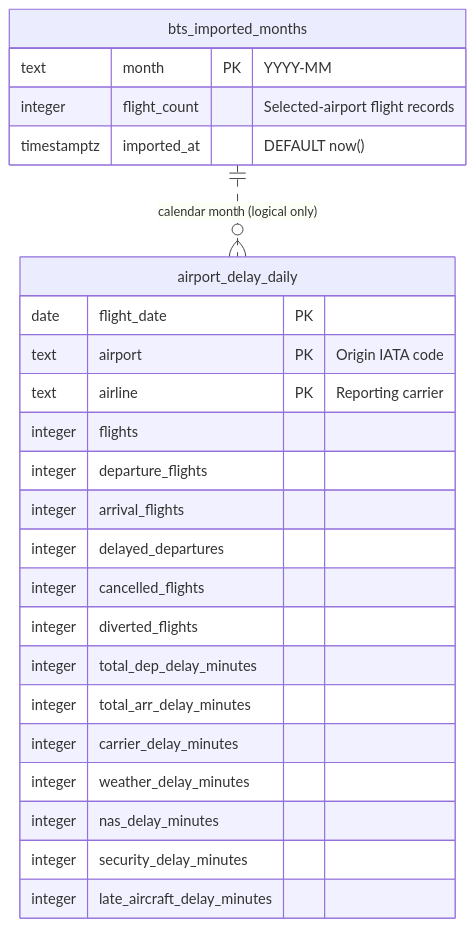
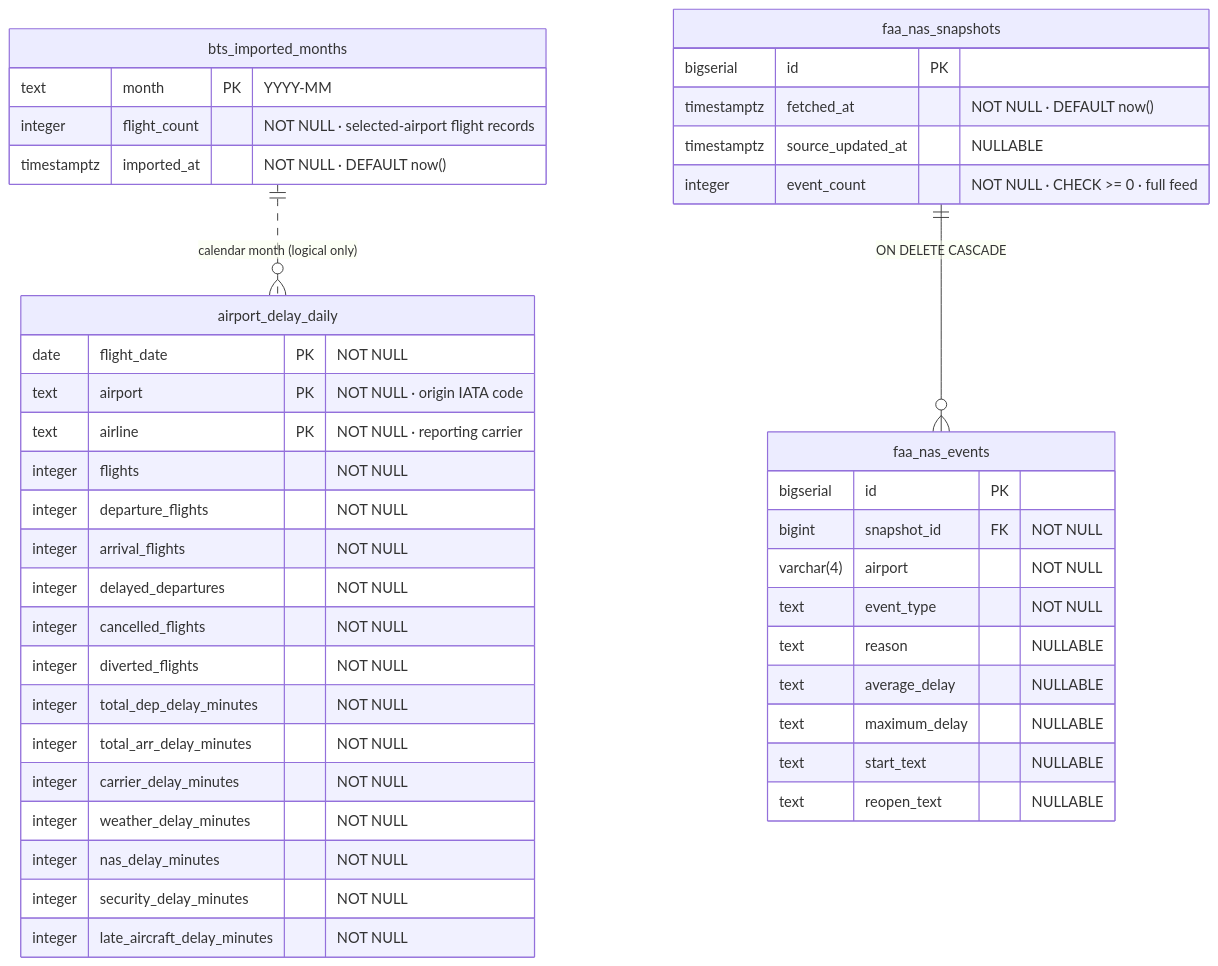
Before and after one commit to lubriguk/airindex: the diagram in docs/database-schema.md, drawn with Mermaid. The commit also changed other lines of this file and 13 other files, not shown here.

Commit message:
Add FAA airport advisories, date bounds, and monthly BTS refresh

````diff
--- a/docs/database-schema.md
+++ b/docs/database-schema.md
@@ -7,29 +7,49 @@
 ```mermaid
 erDiagram
     bts_imported_months ||..o{ airport_delay_daily : "calendar month (logical only)"
+    faa_nas_snapshots ||--o{ faa_nas_events : "ON DELETE CASCADE"
 
     bts_imported_months {
         text month PK "YYYY-MM"
-        integer flight_count "Selected-airport flight records"
-        timestamptz imported_at "DEFAULT now()"
+        integer flight_count "NOT NULL · selected-airport flight records"
+        timestamptz imported_at "NOT NULL · DEFAULT now()"
     }
 
     airport_delay_daily {
-        date flight_date PK
-        text airport PK "Origin IATA code"
-        text airline PK "Reporting carrier"
-        integer flights
-        integer departure_flights
-        integer arrival_flights
-        integer delayed_departures
-        integer cancelled_flights
-        integer diverted_flights
-        integer total_dep_delay_minutes
-        integer total_arr_delay_minutes
-        integer carrier_delay_minutes
-        integer weather_delay_minutes
-        integer nas_delay_minutes
-        integer security_delay_minutes
-        integer late_aircraft_delay_minutes
+        date flight_date PK "NOT NULL"
+        text airport PK "NOT NULL · origin IATA code"
+        text airline PK "NOT NULL · reporting carrier"
+        integer flights "NOT NULL"
+        integer departure_flights "NOT NULL"
+        integer arrival_flights "NOT NULL"
+        integer delayed_departures "NOT NULL"
+        integer cancelled_flights "NOT NULL"
+        integer diverted_flights "NOT NULL"
+        integer total_dep_delay_minutes "NOT NULL"
+        integer total_arr_delay_minutes "NOT NULL"
+        integer carrier_delay_minutes "NOT NULL"
+        integer weather_delay_minutes "NOT NULL"
+        integer nas_delay_minutes "NOT NULL"
+        integer security_delay_minutes "NOT NULL"
+        integer late_aircraft_delay_minutes "NOT NULL"
+    }
+
+    faa_nas_snapshots {
+        bigserial id PK
+        timestamptz fetched_at "NOT NULL · DEFAULT now()"
+        timestamptz source_updated_at "NULLABLE"
+        integer event_count "NOT NULL · CHECK >= 0 · full feed"
+    }
+
+    faa_nas_events {
+        bigserial id PK
+        bigint snapshot_id FK "NOT NULL"
+        varchar(4) airport "NOT NULL"
+        text event_type "NOT NULL"
+        text reason "NULLABLE"
+        text average_delay "NULLABLE"
+        text maximum_delay "NULLABLE"
+        text start_text "NULLABLE"
+        text reopen_text "NULLABLE"
     }
 ```
````
